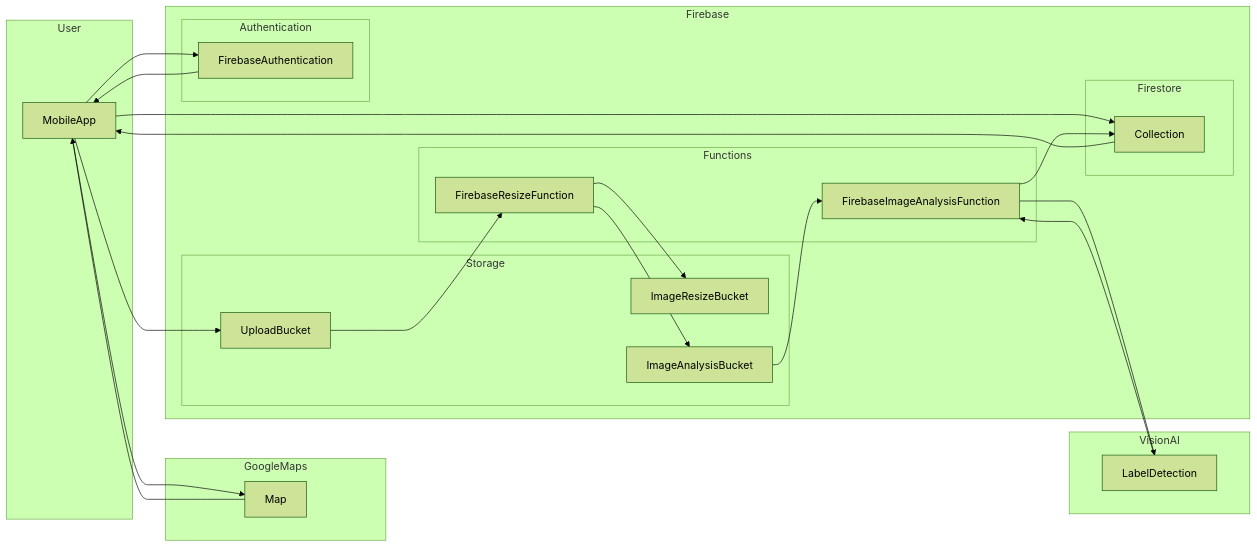
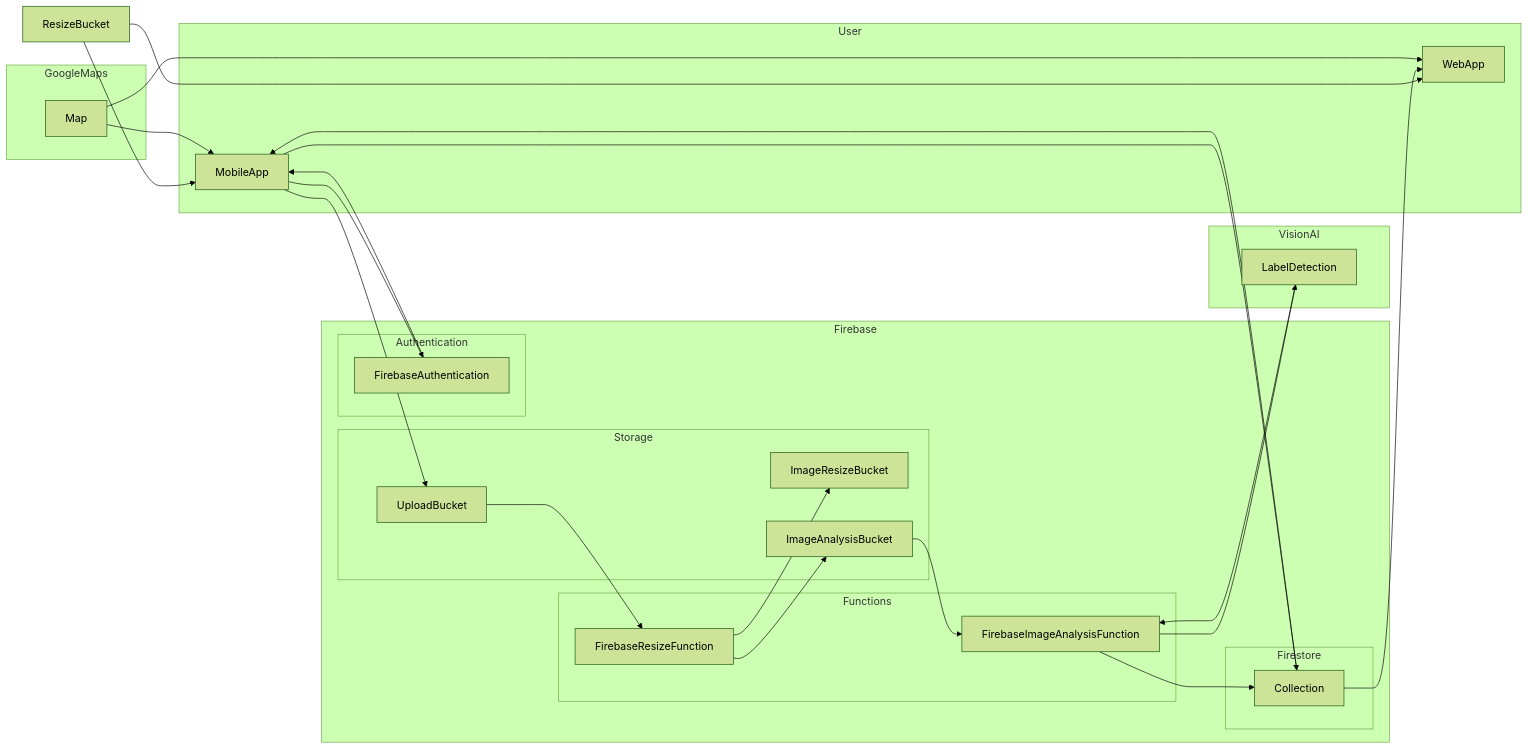
One commit to zorrokid/nature-photos changed the diagram in README.md. Above: the diagram before and after it, drawn with Mermaid (forest theme). The commit also changed 8 other files, not shown here.

````diff
--- a/README.md
+++ b/README.md
@@ -5,50 +5,54 @@
 ```mermaid
 graph LR
 
   subgraph User
     MobileApp
+    WebApp
   end
 
   subgraph GoogleMaps
     Map
   end
 
   subgraph VisionAI
     LabelDetection
   end
 
   subgraph Firebase
     subgraph Storage
        UploadBucket 
        ImageResizeBucket
        ImageAnalysisBucket
     end
     subgraph Firestore
        Collection 
     end
 
     subgraph Functions
       FirebaseResizeFunction
       FirebaseImageAnalysisFunction
     end
 
     subgraph Authentication
       FirebaseAuthentication
     end
   end
 
   MobileApp --> UploadBucket 
   Collection --> MobileApp 
   MobileApp --> Collection
   MobileApp --> FirebaseAuthentication
-  MobileApp --> Map
-  Map --> MobileApp
   FirebaseAuthentication --> MobileApp
   UploadBucket --> FirebaseResizeFunction
   FirebaseResizeFunction --> ImageResizeBucket 
   FirebaseResizeFunction --> ImageAnalysisBucket 
   ImageAnalysisBucket --> FirebaseImageAnalysisFunction
   FirebaseImageAnalysisFunction --> Collection 
   FirebaseImageAnalysisFunction --> LabelDetection
   LabelDetection --> FirebaseImageAnalysisFunction
+  ResizeBucket --> MobileApp
+  ResizeBucket --> WebApp
+  Collection --> WebApp
+  Map --> MobileApp
+  Map --> WebApp
 ```
````
